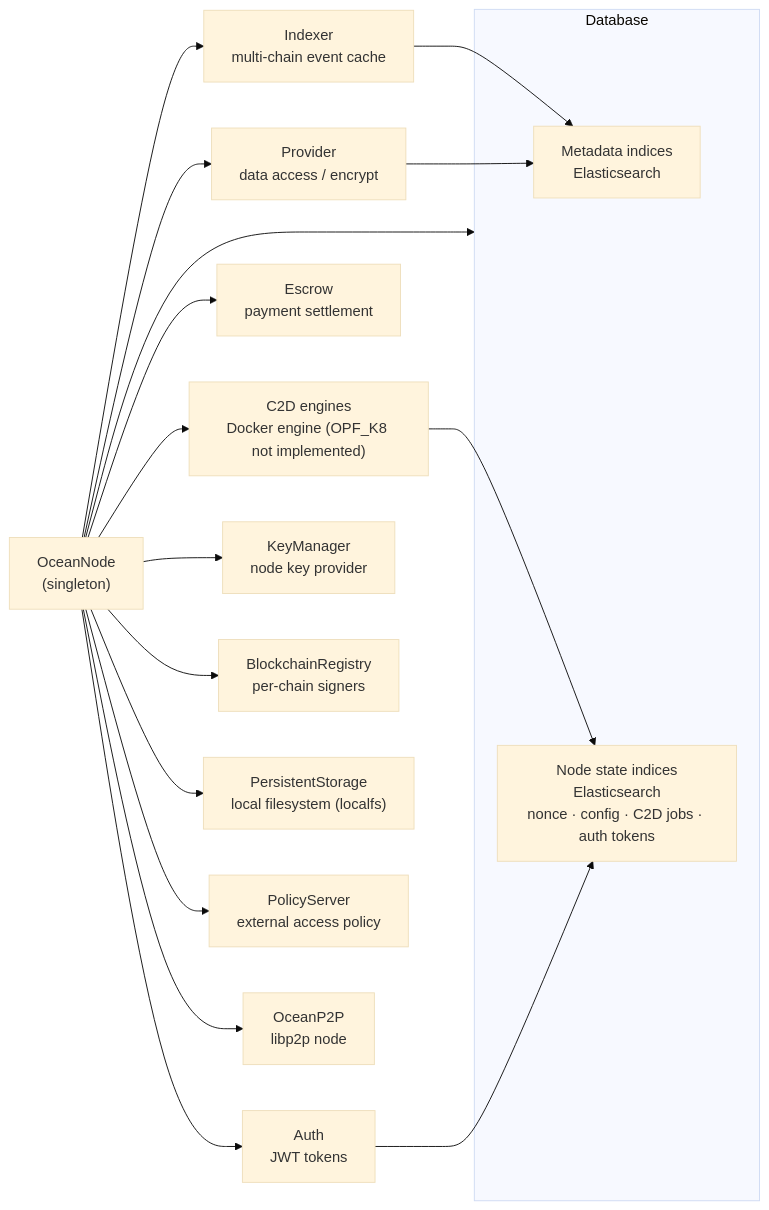
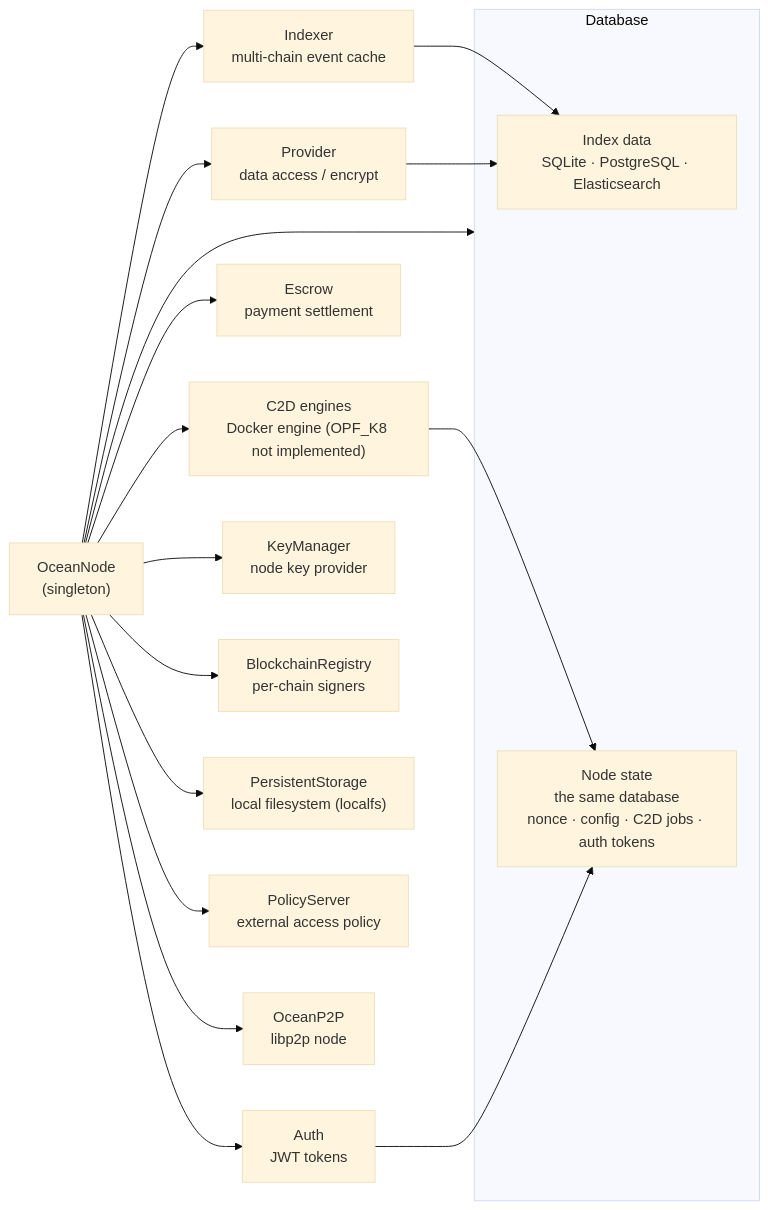
Before and after one commit to oceanprotocol/ocean-node: the third of 5 diagrams in docs/Arhitecture.md, drawn with Mermaid (base theme). The commit also changed other lines of this file and 98 other files, not shown here.

````diff
--- a/docs/Arhitecture.md
+++ b/docs/Arhitecture.md
@@ -163,25 +163,25 @@
 ```mermaid
 flowchart LR
     ON["OceanNode<br/>(singleton)"]
 
     ON --> IDX["Indexer<br/>multi-chain event cache"]
     ON --> PROV["Provider<br/>data access / encrypt"]
     ON --> C2D["C2D engines<br/>Docker engine (OPF_K8 not implemented)"]
     ON --> ESC["Escrow<br/>payment settlement"]
     ON --> AUTH["Auth<br/>JWT tokens"]
     ON --> KM["KeyManager<br/>node key provider"]
     ON --> BR["BlockchainRegistry<br/>per-chain signers"]
     ON --> PS["PersistentStorage<br/>local filesystem (localfs)"]
     ON --> POL["PolicyServer<br/>external access policy"]
     ON --> P2P["OceanP2P<br/>libp2p node"]
 
     subgraph DBLAYER["Database"]
-        META["Metadata indices<br/>Elasticsearch"]
-        STATE["Node state indices<br/>Elasticsearch<br/>nonce · config · C2D jobs · auth tokens"]
+        META["Index data<br/>SQLite · PostgreSQL · Elasticsearch"]
+        STATE["Node state<br/>the same database<br/>nonce · config · C2D jobs · auth tokens"]
     end
     ON --> DBLAYER
     IDX --> META
     PROV --> META
     C2D --> STATE
     AUTH --> STATE
 ```
````
